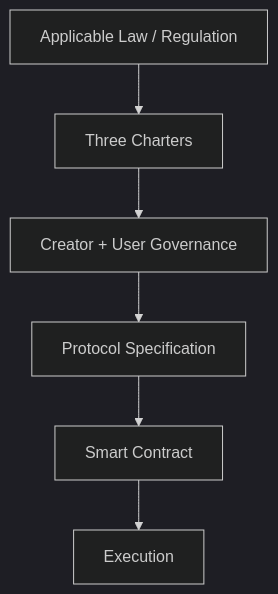
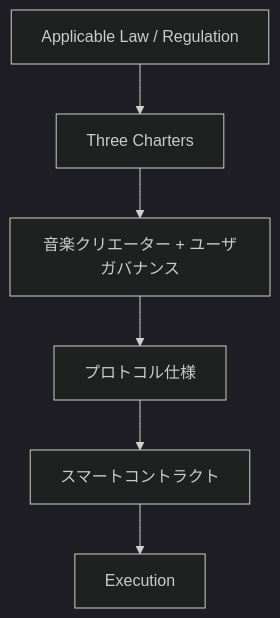
Before and after one commit to ShigeichiroYamasaki/creator-first-platform: diagram 12 of 17 in docs/whitepaper/01-vision.md, drawn with Mermaid (dark theme). The commit also changed other lines of this file and 67 other files, not shown here.

````diff
--- a/docs/whitepaper/01-vision.md
+++ b/docs/whitepaper/01-vision.md
@@ -322,11 +322,11 @@
 ```mermaid
 flowchart TD
     LAW[Applicable Law / Regulation]
     CONST[Three Charters]
-    GOV[Creator + User Governance]
-    SPEC[Protocol Specification]
-    CODE[Smart Contract]
+    GOV[音楽クリエーター + ユーザガバナンス]
+    SPEC[プロトコル仕様]
+    CODE[スマートコントラクト]
     EXEC[Execution]
 
     LAW --> CONST --> GOV --> SPEC --> CODE --> EXEC
 ```
````
